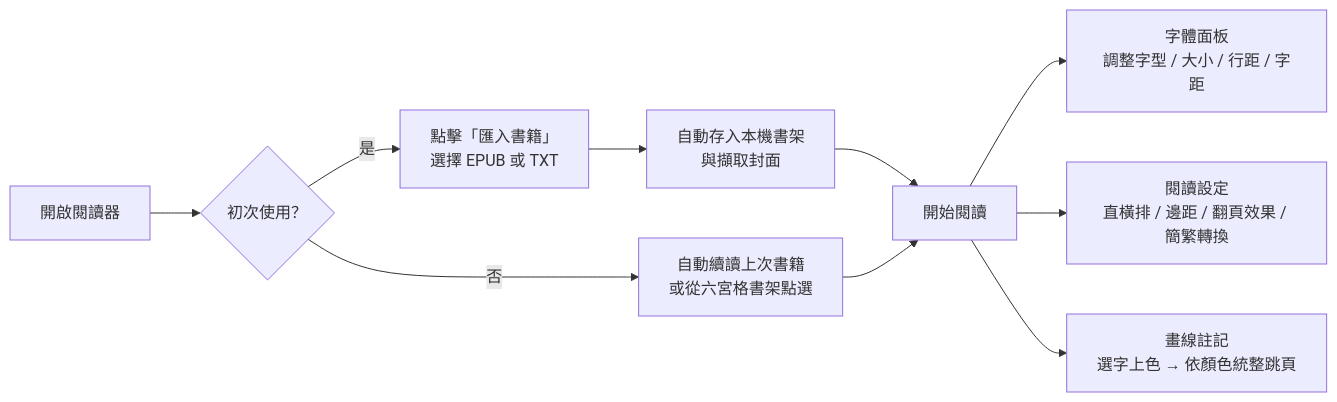
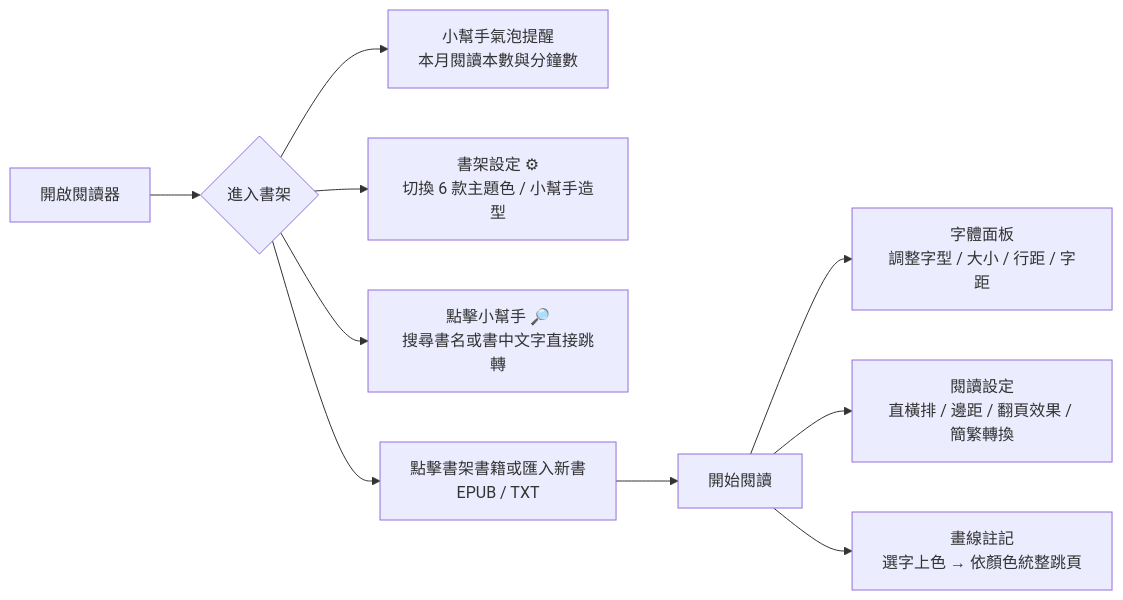
Before and after one commit to Tiffany001-afk/eink-reader-readinsky: the diagram in README.md, drawn with Mermaid. The commit also changed other lines of this file and 2 other files, not shown here.

````diff
--- a/README.md
+++ b/README.md
@@ -39,12 +46,12 @@
 ```mermaid
 flowchart LR
-    A[開啟閱讀器] --> B{初次使用？}
-    B -- 是 --> C[點擊「匯入書籍」<br/>選擇 EPUB 或 TXT]
-    B -- 否 --> D[自動續讀上次書籍<br/>或從六宮格書架點選]
-    C --> E[自動存入本機書架<br/>與擷取封面]
-    E --> F[開始閱讀]
-    D --> F
-    F --> G[字體面板<br/>調整字型 / 大小 / 行距 / 字距]
-    F --> H[閱讀設定<br/>直橫排 / 邊距 / 翻頁效果 / 簡繁轉換]
-    F --> I[畫線註記<br/>選字上色 → 依顏色統整跳頁]
+    A[開啟閱讀器] --> B{進入書架}
+    B --> C[小幫手氣泡提醒<br/>本月閱讀本數與分鐘數]
+    B --> D[書架設定 ⚙<br/>切換 6 款主題色 / 小幫手造型]
+    B --> E[點擊小幫手 🔎<br/>搜尋書名或書中文字直接跳轉]
+    B --> F[點擊書架書籍或匯入新書<br/>EPUB / TXT]
+    F --> G[開始閱讀]
+    G --> H[字體面板<br/>調整字型 / 大小 / 行距 / 字距]
+    G --> I[閱讀設定<br/>直橫排 / 邊距 / 翻頁效果 / 簡繁轉換]
+    G --> J[畫線註記<br/>選字上色 → 依顏色統整跳頁]
 ```
````
